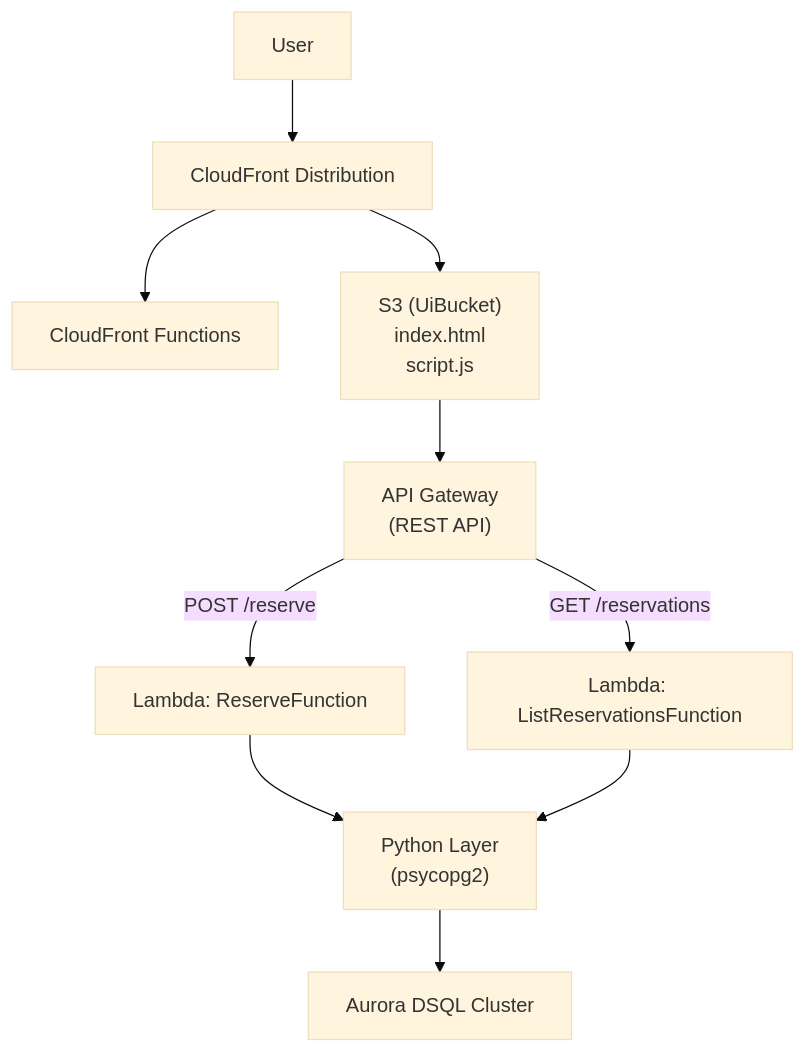
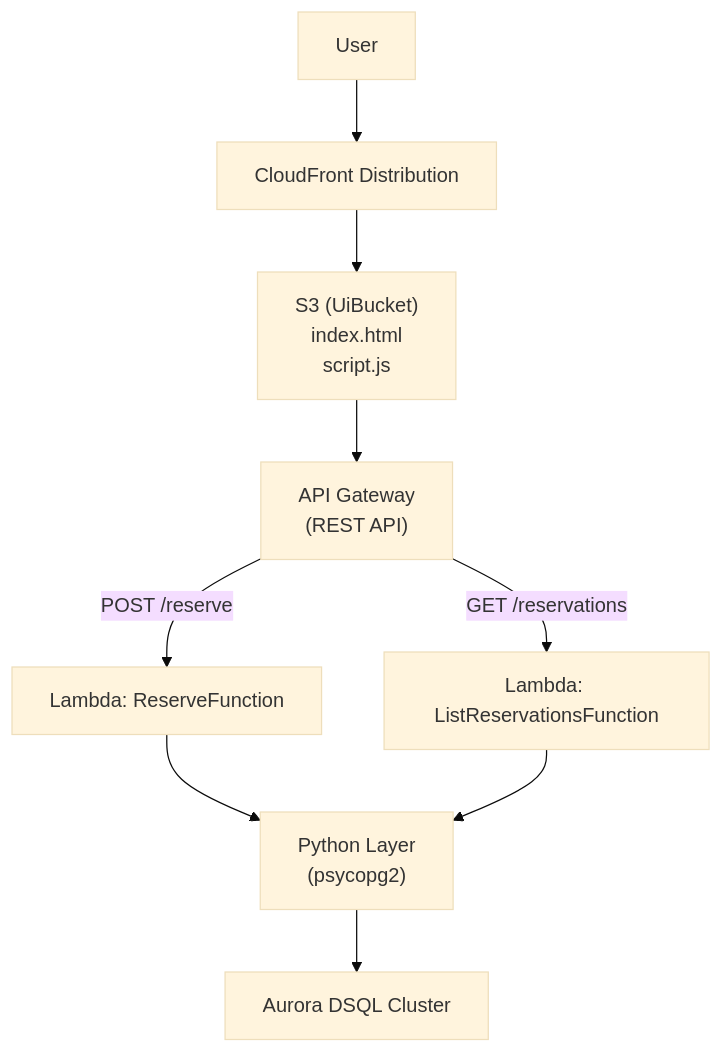
Before and after one commit to hatanoyoshihiko/dsql-reservation: the diagram in README.md, drawn with Mermaid (base theme).

Commit message:
remove CloudFrontFunctions

````diff
--- a/README.md
+++ b/README.md
@@ -7,26 +7,24 @@
 ```mermaid
 graph TD
   User["User"]
   CF["CloudFront Distribution"]
-  CF-Functions["CloudFront Functions"]
   S3["S3 (UiBucket)<br>index.html<BR>script.js"]
   API["API Gateway<br>(REST API)"]
   LambdaList["Lambda: ListReservationsFunction"]
   LambdaReserve["Lambda: ReserveFunction"]
   DSQL["Aurora DSQL Cluster"]
   Layer["Python Layer<br>(psycopg2)"]
 
   User --> CF
   CF --> S3
-  CF --> CF-Functions
   S3 --> API
 
   API -->|GET /reservations| LambdaList
   API -->|POST /reserve| LambdaReserve
 
   LambdaReserve --> Layer
   LambdaList --> Layer
   
   Layer --> DSQL
 
 ```
````
